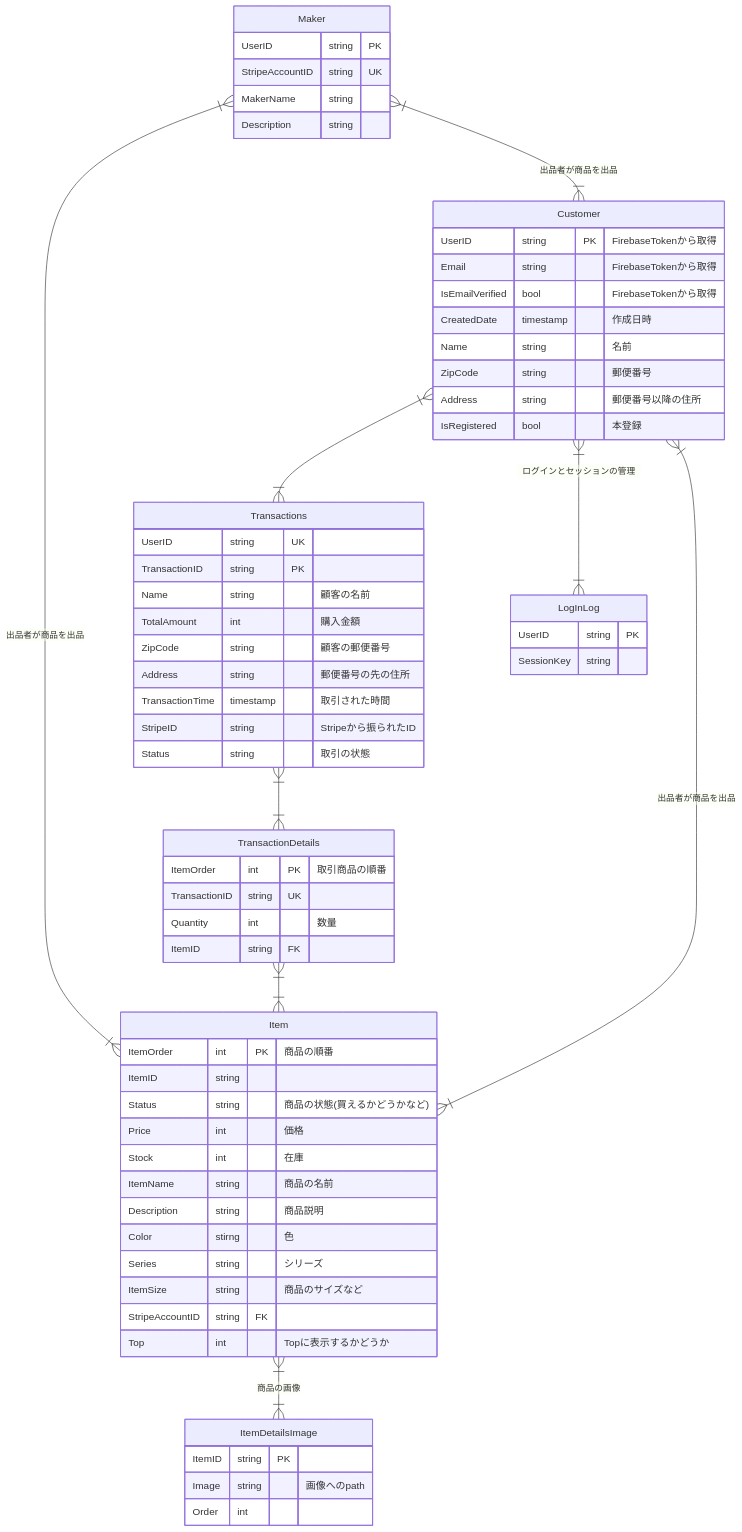
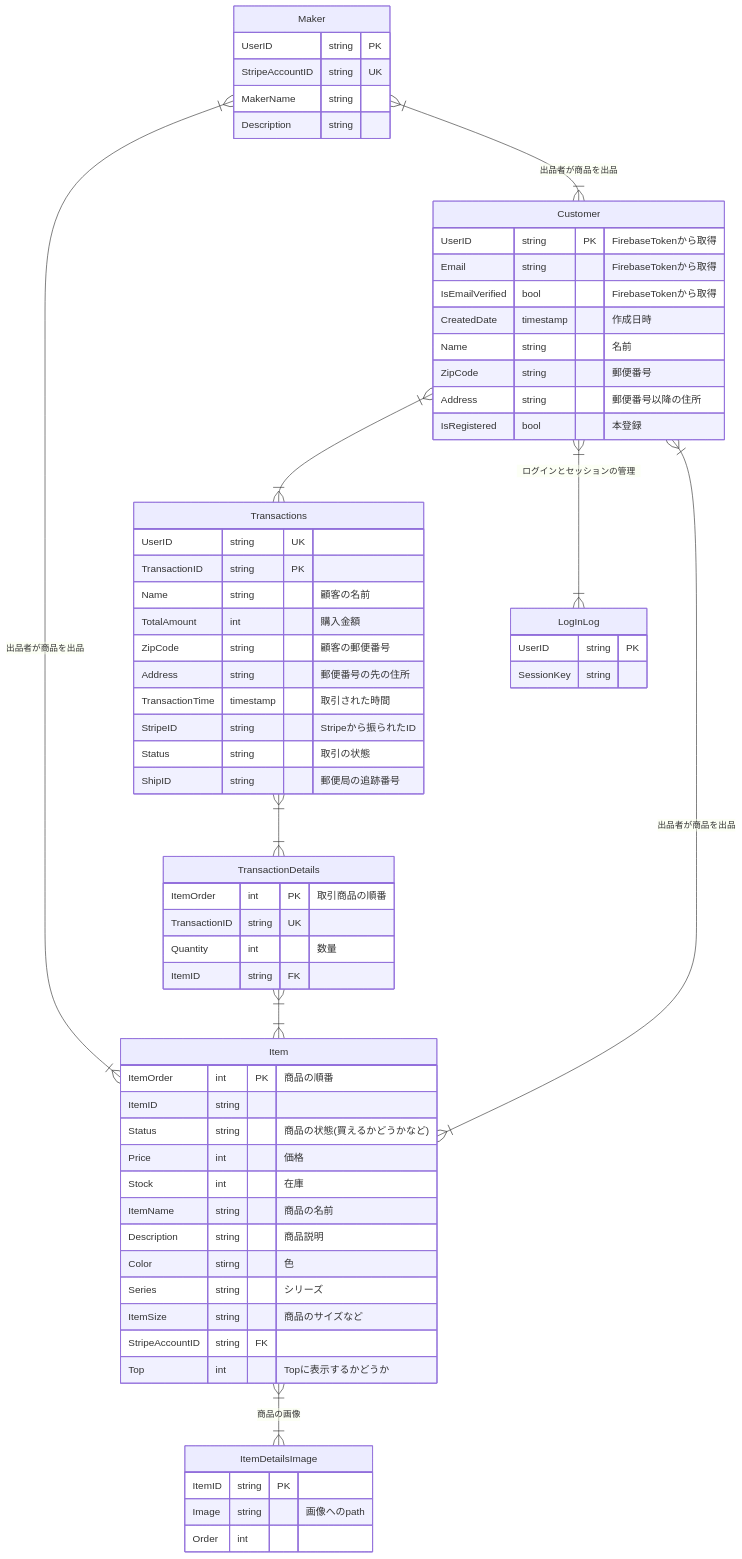
Before and after one commit to WhatACotton/CharisWorks-BackEnd: the fifth of 5 diagrams in README.md, drawn with Mermaid.

````diff
--- a/README.md
+++ b/README.md
@@ -95,68 +95,69 @@
 ```mermaid
 erDiagram
 Customer }|--|{Transactions:""
 Transactions}|--|{TransactionDetails:""
 TransactionDetails}|--|{Item:""
 Item}|--|{ItemDetailsImage:"商品の画像"
 Item}|--|{Customer:"出品者が商品を出品"
 Customer}|--|{LogInLog:"ログインとセッションの管理"
 Maker}|--|{Item:"出品者が商品を出品"
 Maker}|--|{Customer:"出品者が商品を出品"
 Customer{
     UserID string PK "FirebaseTokenから取得"
     Email string "FirebaseTokenから取得"
     IsEmailVerified bool "FirebaseTokenから取得"
     CreatedDate timestamp "作成日時"
     Name string "名前"
     ZipCode string "郵便番号"
     Address string "郵便番号以降の住所"
     IsRegistered bool "本登録"
 
 }
 ItemDetailsImage{
     ItemID string PK
     Image string "画像へのpath"
     Order int
 }
 Item{
     ItemOrder int PK "商品の順番"
     ItemID string
     Status string "商品の状態(買えるかどうかなど)"
     Price int "価格"
     Stock int "在庫"
     ItemName string "商品の名前"
     Description string "商品説明"
     Color stirng "色"
     Series string "シリーズ"
     ItemSize string "商品のサイズなど"
     StripeAccountID string FK
     Top int "Topに表示するかどうか"
 }
 TransactionDetails{
     ItemOrder int PK "取引商品の順番"
     TransactionID string UK
     Quantity int "数量"
     ItemID string FK
 }
 Transactions{
     UserID string UK
     TransactionID string PK
     Name string "顧客の名前"
     TotalAmount int "購入金額"
     ZipCode string "顧客の郵便番号"
     Address string "郵便番号の先の住所"
     TransactionTime timestamp "取引された時間"
     StripeID string "Stripeから振られたID"
     Status string "取引の状態"
+    ShipID string "郵便局の追跡番号"
 }
 LogInLog{
     UserID string PK
     SessionKey string
 }
 Maker{
     UserID string PK
     StripeAccountID string UK
     MakerName string
     Description string
 }
 ```
````
